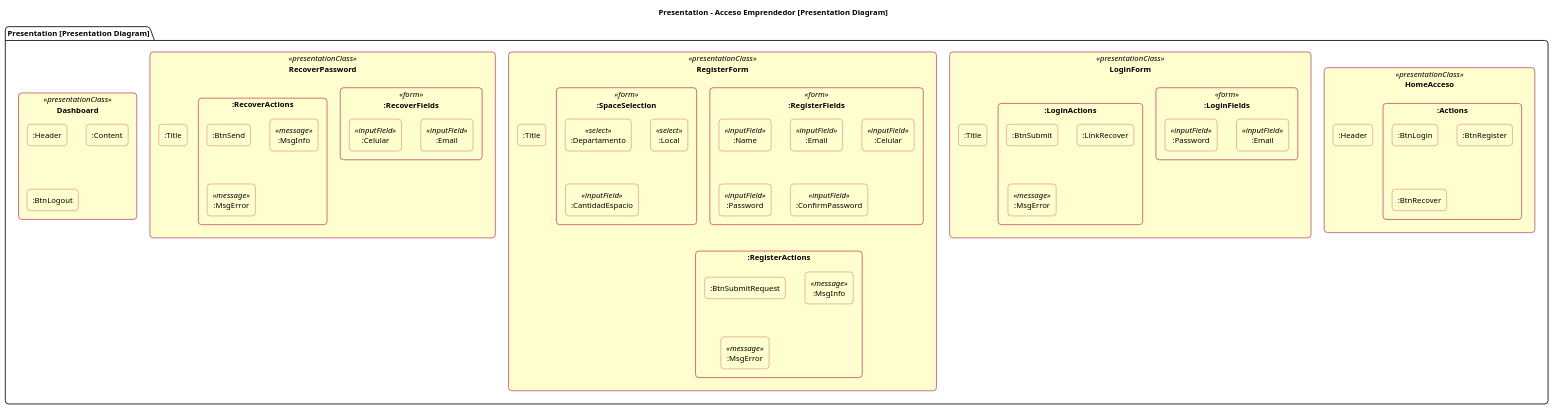
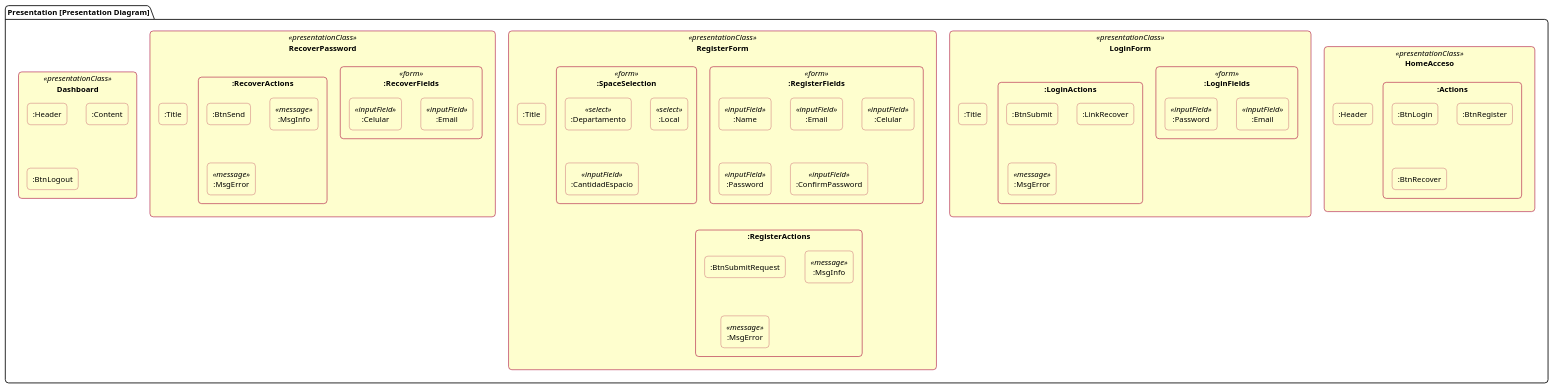
Before and after one commit to AtomicDevelopers/UWE-Tienda-Colectiva: the diagram in Presentation Model/entrepenuer/login_entrepenuer_model.puml, drawn with PlantUML. The commit also changed 6 other files, not shown here.

```diff
--- a/Presentation Model/entrepenuer/login_entrepenuer_model.puml
+++ b/Presentation Model/entrepenuer/login_entrepenuer_model.puml
@@ -1,80 +1,79 @@
 @startuml login_entrepenuer_model
-title Presentation - Acceso Emprendedor [Presentation Diagram]
 
 skinparam shadow false
 skinparam roundCorner 12
 
 skinparam rectangle {
   BackgroundColor #FEFECE
   BorderColor #A80036
 }
 skinparam component {
   BackgroundColor #FEFECE
   BorderColor #A80036
 }
 
 package "Presentation [Presentation Diagram]" {
 
   rectangle "HomeAcceso" as P_Home <<presentationClass>> {
     rectangle ":Header" as H_Header
     rectangle ":Actions" as H_Actions {
       rectangle ":BtnLogin" as H_LoginBtn
       rectangle ":BtnRegister" as H_RegisterBtn
       rectangle ":BtnRecover" as H_RecoverBtn
     }
   }
 
   rectangle "LoginForm" as P_Login <<presentationClass>> {
     rectangle ":Title" as L_Title
     rectangle ":LoginFields" as L_Fields <<form>> {
       rectangle ":Email" as L_Email <<inputField>>
       rectangle ":Password" as L_Pass <<inputField>>
     }
     rectangle ":LoginActions" as L_Actions {
       rectangle ":BtnSubmit" as L_Submit
       rectangle ":LinkRecover" as L_LinkRecover
       rectangle ":MsgError" as L_Error <<message>>
     }
   }
 
   rectangle "RegisterForm" as P_Register <<presentationClass>> {
     rectangle ":Title" as R_Title
     rectangle ":RegisterFields" as R_Fields <<form>> {
       rectangle ":Name" as R_Name <<inputField>>
       rectangle ":Email" as R_Email <<inputField>>
       rectangle ":Celular" as R_Phone <<inputField>>
       rectangle ":Password" as R_Pass <<inputField>>
       rectangle ":ConfirmPassword" as R_Confirm <<inputField>>
     }
     rectangle ":SpaceSelection" as R_Space <<form>> {
       rectangle ":Departamento" as R_Department <<select>>
       rectangle ":Local" as R_Local <<select>>
       rectangle ":CantidadEspacio" as R_Qty <<inputField>>
     }
     rectangle ":RegisterActions" as R_Actions {
       rectangle ":BtnSubmitRequest" as R_Submit
       rectangle ":MsgInfo" as R_Info <<message>>
       rectangle ":MsgError" as R_Error <<message>>
     }
   }
 
   rectangle "RecoverPassword" as P_Recover <<presentationClass>> {
     rectangle ":Title" as RP_Title
     rectangle ":RecoverFields" as RP_Fields <<form>> {
       rectangle ":Email" as RP_Email <<inputField>>
       rectangle ":Celular" as RP_Phone <<inputField>>
     }
     rectangle ":RecoverActions" as RP_Actions {
       rectangle ":BtnSend" as RP_Send
       rectangle ":MsgInfo" as RP_Info <<message>>
       rectangle ":MsgError" as RP_Error <<message>>
     }
   }
 
   rectangle "Dashboard" as P_Dashboard <<presentationClass>> {
     rectangle ":Header" as D_Header
     rectangle ":Content" as D_Content
     rectangle ":BtnLogout" as D_Logout
   }
 }
 @enduml
```
